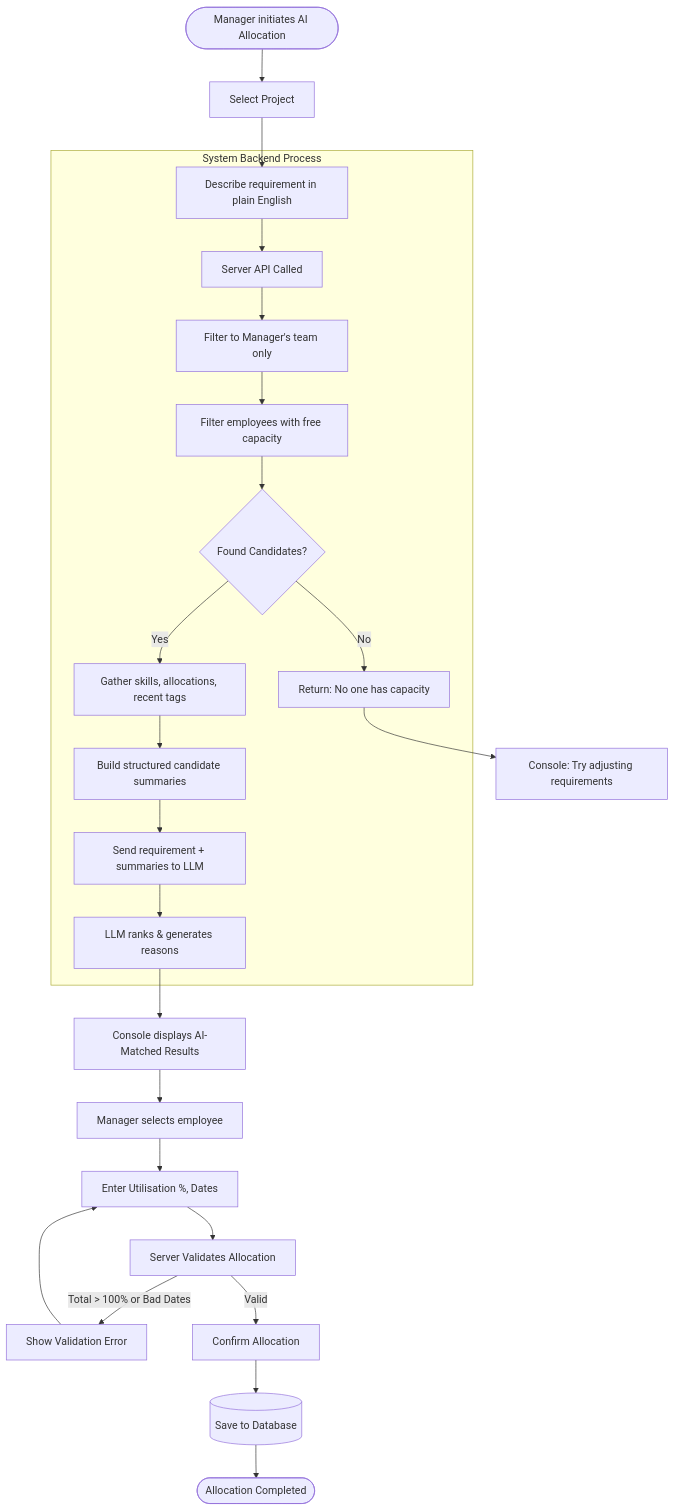
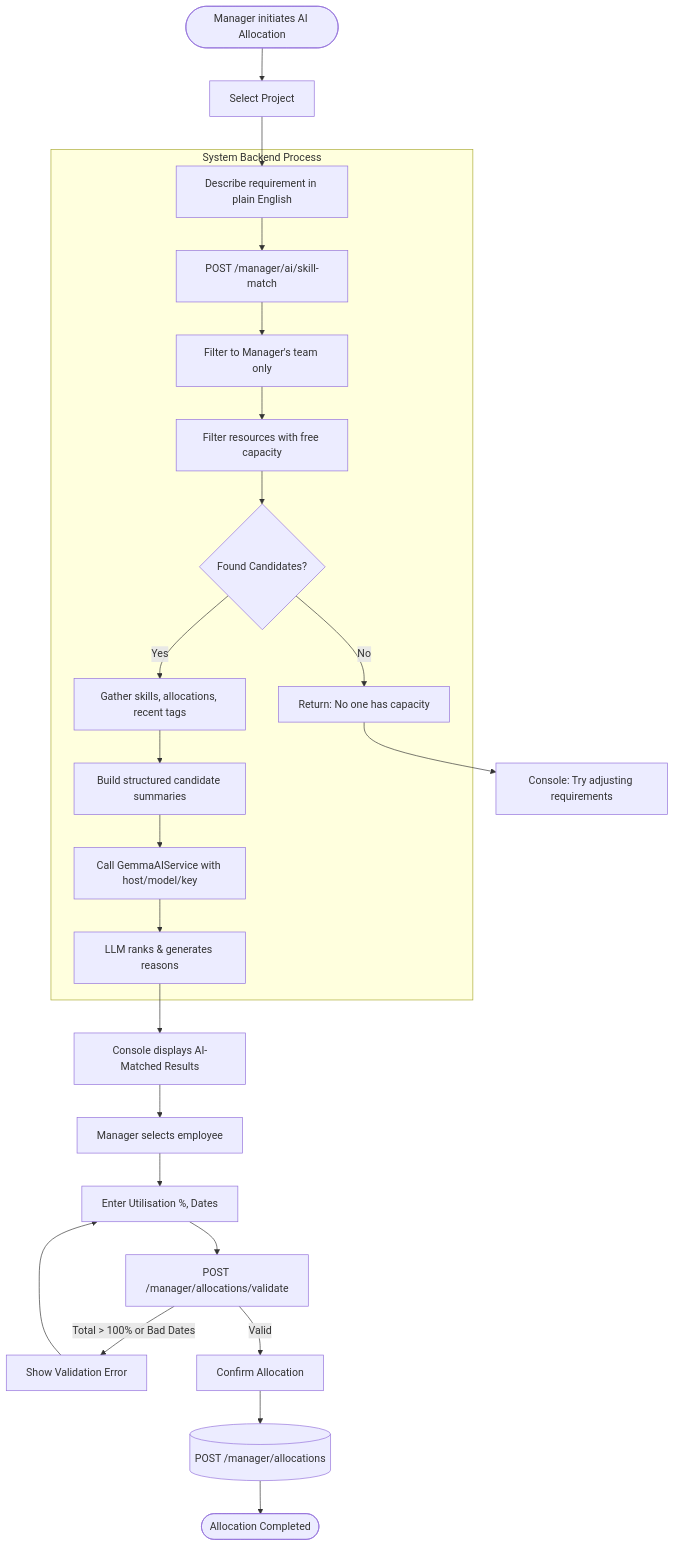
One commit to RiyaAmetaITT/Project-Resource-Management-tool changed the fifth of 6 diagrams in UML Design/flow_diagrams.md. Above: the diagram before and after it, drawn with Mermaid. The commit also changed other lines of this file and 74 other files, not shown here.

````diff
--- a/UML Design/flow_diagrams.md
+++ b/UML Design/flow_diagrams.md
@@ -155,31 +167,31 @@
 ```mermaid
 flowchart TD
     Start([Manager initiates AI Allocation]) --> Proj[Select Project]
     Proj --> Req[Describe requirement in plain English]
-    
+
     subgraph System Backend Process
-        Req --> API[Server API Called]
+        Req --> API[POST /manager/ai/skill-match]
         API --> ScopeTeam[Filter to Manager's team only]
-        ScopeTeam --> FilterCap[Filter employees with free capacity]
+        ScopeTeam --> FilterCap[Filter resources with free capacity]
         FilterCap --> CheckEmpty{Found Candidates?}
         CheckEmpty -- No --> ReturnEmpty[Return: No one has capacity]
         CheckEmpty -- Yes --> GatherData[Gather skills, allocations, recent tags]
         GatherData --> BuildSumm[Build structured candidate summaries]
-        BuildSumm --> LLMCall[Send requirement + summaries to LLM]
+        BuildSumm --> LLMCall[Call GemmaAIService with host/model/key]
         LLMCall --> LLMParse[LLM ranks & generates reasons]
     end
-    
+
     LLMParse --> ShowUI[Console displays AI-Matched Results]
     ReturnEmpty --> ShowEmptyUI[Console: Try adjusting requirements]
-    
+
     ShowUI --> SelectEmp[Manager selects employee]
     SelectEmp --> EnterDetails[Enter Utilisation %, Dates]
-    EnterDetails --> Validate[Server Validates Allocation]
-    
+    EnterDetails --> Validate[POST /manager/allocations/validate]
+
     Validate -- "Total > 100% or Bad Dates" --> ShowError[Show Validation Error]
     ShowError --> EnterDetails
-    
+
     Validate -- Valid --> Confirm[Confirm Allocation]
-    Confirm --> SaveDB[(Save to Database)]
+    Confirm --> SaveDB[(POST /manager/allocations)]
     SaveDB --> End([Allocation Completed])
 ```
````
